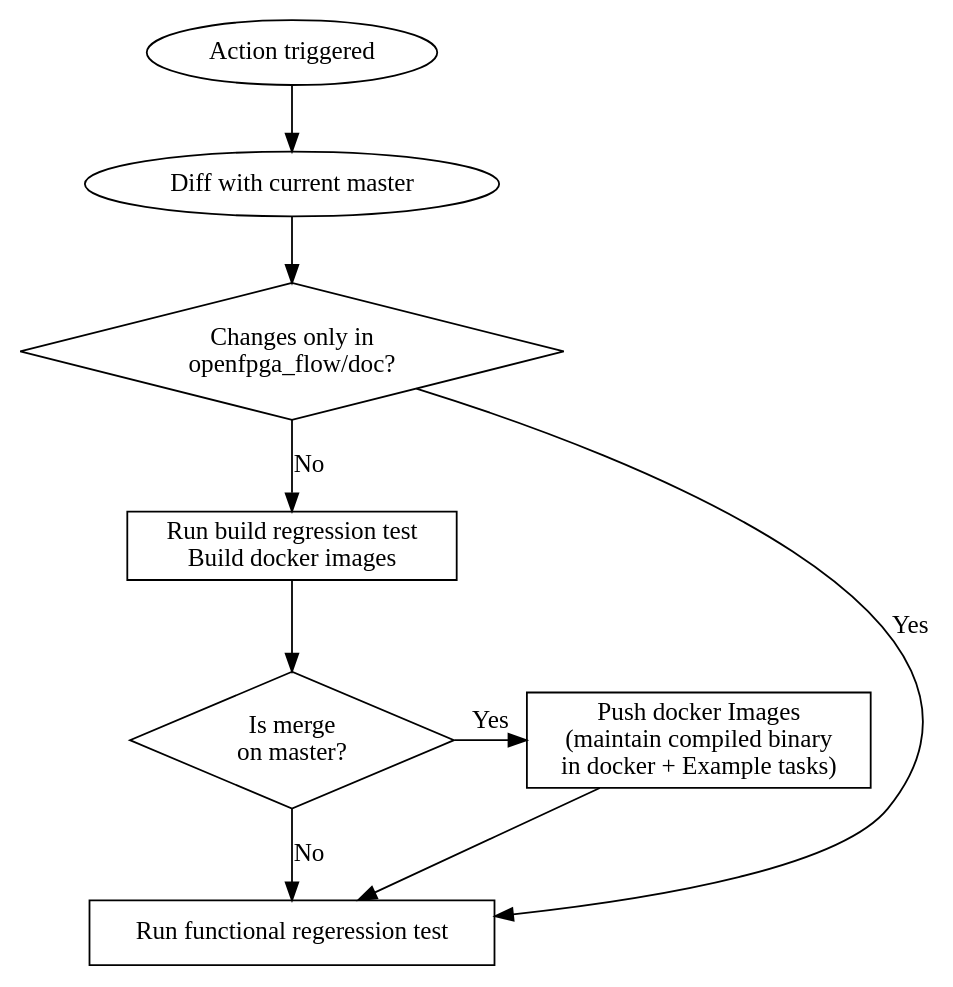
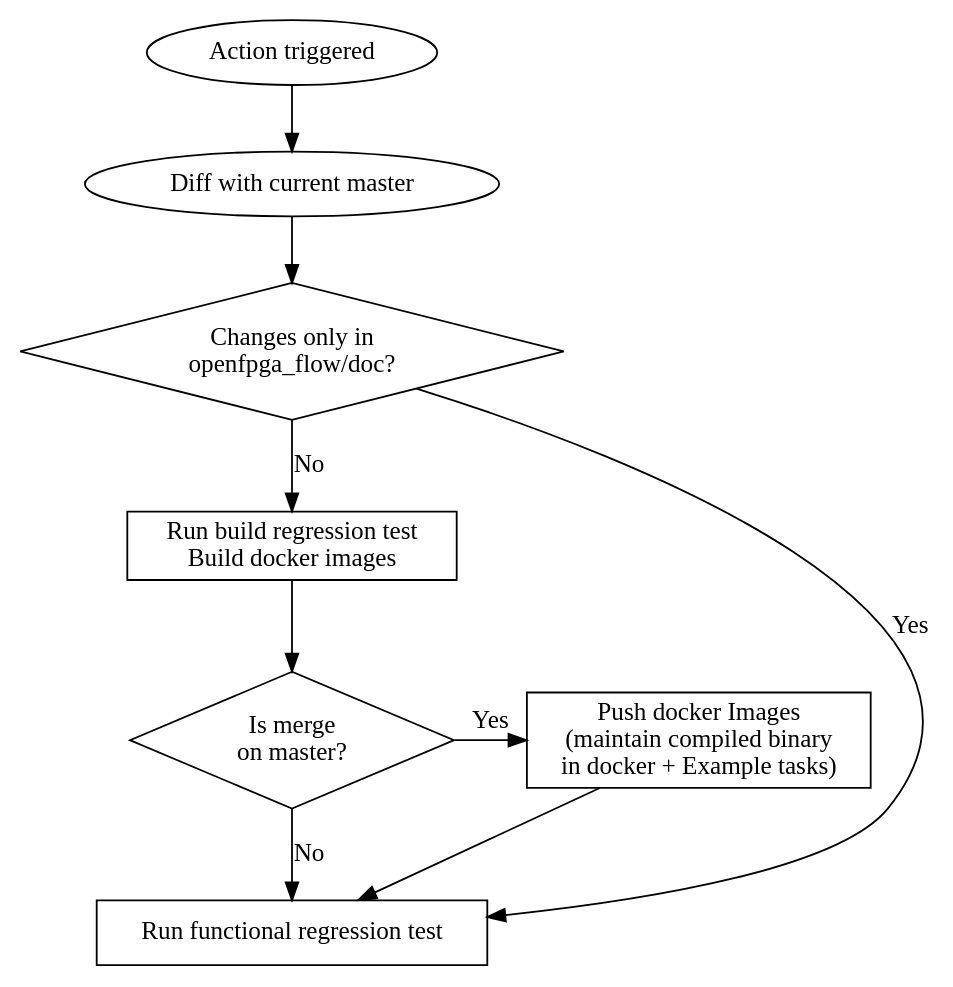
Before and after one commit to lnis-uofu/OpenFPGA: the diagram in docs/source/dev_manual/cicd_setup.rst, drawn with Graphviz. The commit also changed other lines of this file and 3 other files, not shown here.

```diff
--- a/docs/source/dev_manual/cicd_setup.rst
+++ b/docs/source/dev_manual/cicd_setup.rst
@@ -12,53 +12,53 @@
 .. graphviz::
    :align: center
 
    digraph G {
        node [fontname = "Handlee"];
        edge [fontname = "Handlee"];
        Trigger [
            label = "Action triggered"
        ];
 
        masterCompare [
            label = "Diff with current master"
        ];
 
        Build [
            label = "Changes only in\n openfpga_flow/doc?"
            shape = diamond
        ];
 
        BuildDocker [
            label = "Run build regression test\nBuild docker images"
            shape = box
        ];
 
        PushDockersCond [
            label = "Is merge\non master?"
            shape = diamond
        ];
 
        PushDockers [
            label = "Push docker Images\n(maintain compiled binary\nin docker + Example tasks)"
            shape = box
        ];
 
        RunRegression [
-           label = "Run functional regeression test"
+           label = "Run functional regression test"
            shape = box
        ];
 
      Trigger ->masterCompare;
      masterCompare ->Build;
      Build -> BuildDocker [ label = "No" ];
      BuildDocker -> PushDockersCond;
      edge[weight=0.5] Build -> RunRegression [ label = "Yes" ];
      edge[weight=10] PushDockersCond -> RunRegression [ label = "No" ];
      PushDockersCond -> PushDockers [ label = "Yes" ];
      edge[weight=2] PushDockers -> RunRegression;
 
      {
        rank=same;
        PushDockersCond PushDockers;
      };
    }
```
